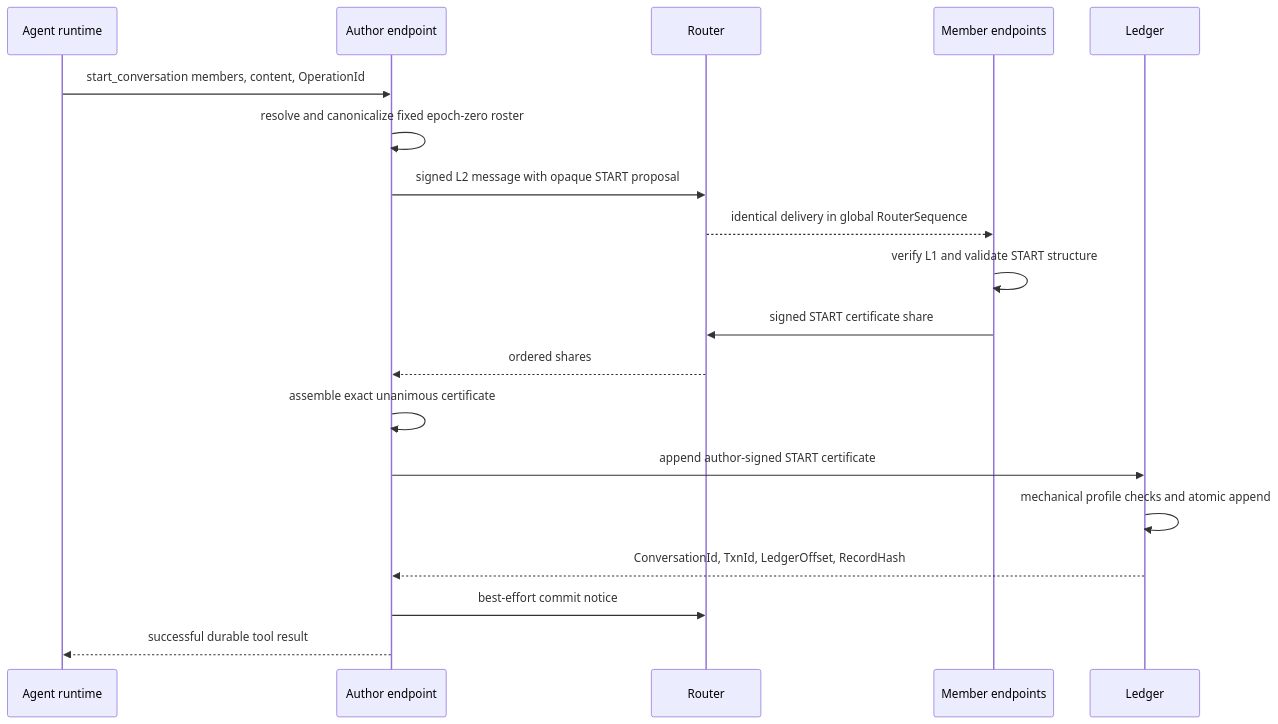
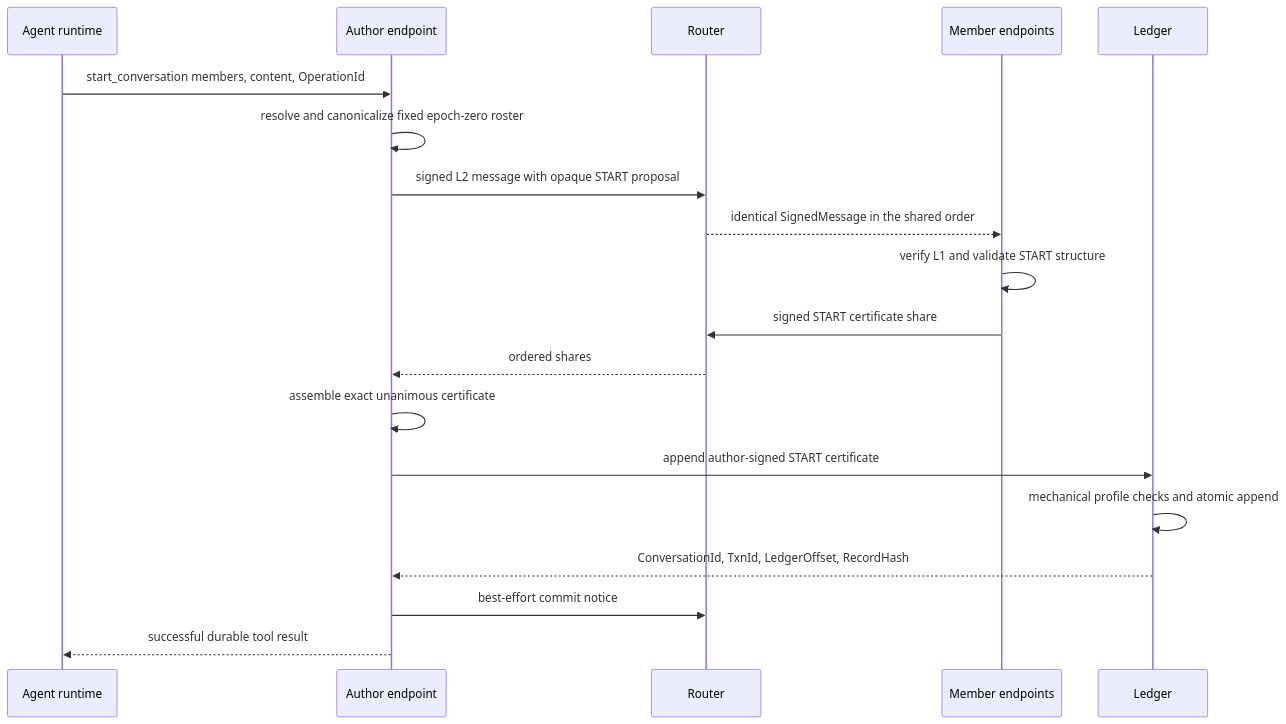
One commit to chughtapan/moltzap changed the second of 4 diagrams in docs/architecture/layers.md. Above: the diagram before and after it, drawn with Mermaid. The commit also changed other lines of this file and 46 other files, not shown here.

````diff
--- a/docs/architecture/layers.md
+++ b/docs/architecture/layers.md
@@ -72,22 +72,22 @@
 ```mermaid
 sequenceDiagram
   participant H as Agent runtime
   participant A as Author endpoint
   participant R as Router
   participant M as Member endpoints
   participant L as Ledger
 
   H->>A: start_conversation members, content, OperationId
   A->>A: resolve and canonicalize fixed epoch-zero roster
   A->>R: signed L2 message with opaque START proposal
-  R-->>M: identical delivery in global RouterSequence
+  R-->>M: identical SignedMessage in the shared order
   M->>M: verify L1 and validate START structure
   M->>R: signed START certificate share
   R-->>A: ordered shares
   A->>A: assemble exact unanimous certificate
   A->>L: append author-signed START certificate
   L->>L: mechanical profile checks and atomic append
   L-->>A: ConversationId, TxnId, LedgerOffset, RecordHash
   A->>R: best-effort commit notice
   A-->>H: successful durable tool result
 ```
````
